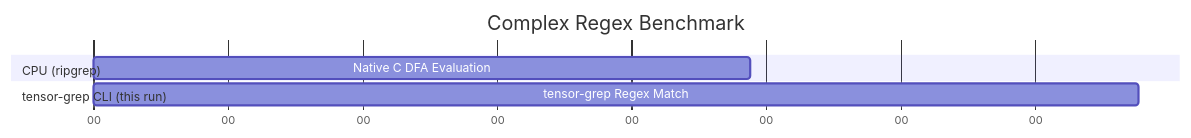
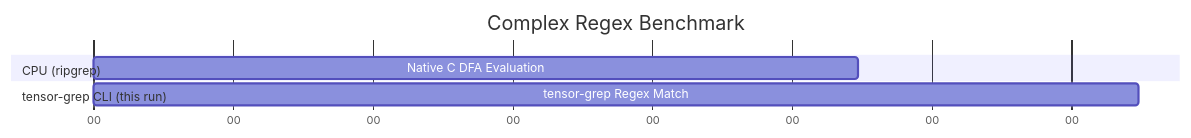
One commit to oimiragieo/tensor-grep changed the second of 3 diagrams in docs/PAPER.md. Above: the diagram before and after it, drawn with Mermaid. The commit also changed other lines of this file and 1 other file, not shown here.

````diff
--- a/docs/PAPER.md
+++ b/docs/PAPER.md
@@ -102,12 +102,12 @@
 ```mermaid
 gantt
     title Complex Regex Benchmark
     dateFormat  s
     axisFormat %S
     
     section CPU (ripgrep)
-    Native C DFA Evaluation :a1, 0, 0.488s
+    Native C DFA Evaluation :a1, 0, 0.547s
     
     section tensor-grep CLI (this run)
-    tensor-grep Regex Match :a2, 0, 0.777s
+    tensor-grep Regex Match :a2, 0, 0.748s
 ```
````
